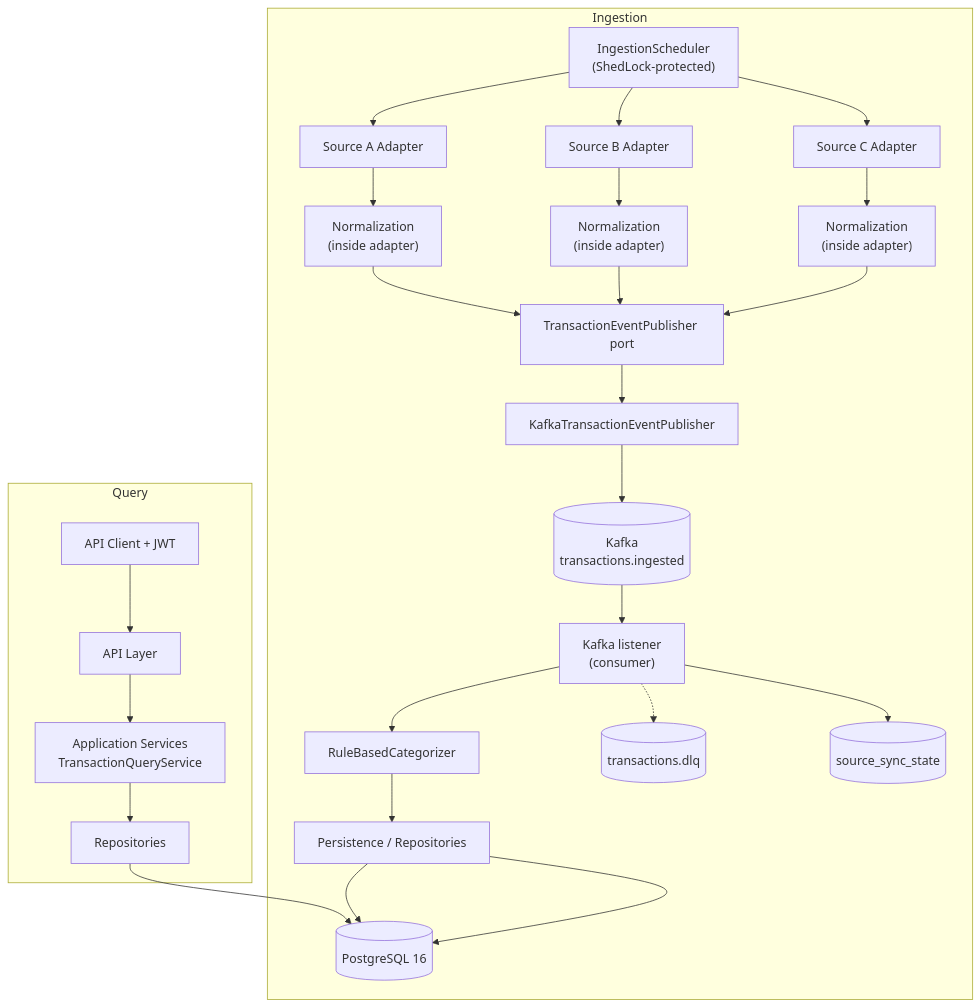
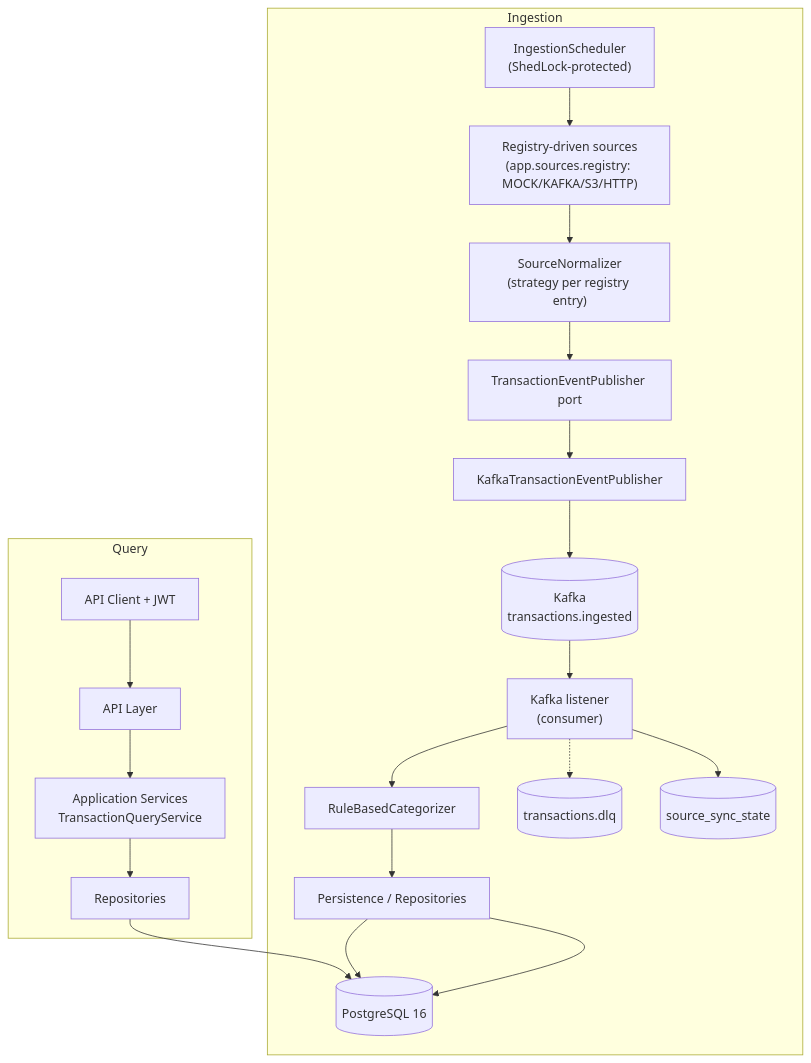
One commit to lesibam/transaction-agreggation-api changed the diagram in docs/03-architecture.md. Above: the diagram before and after it, drawn with Mermaid. The commit also changed other lines of this file and 41 other files, not shown here.

````diff
--- a/docs/03-architecture.md
+++ b/docs/03-architecture.md
@@ -7,31 +7,25 @@
 ```mermaid
 graph TD
     subgraph Ingestion
-        SCH["IngestionScheduler<br/>(ShedLock-protected)"] --> A1[Source A Adapter]
-        SCH --> A2[Source B Adapter]
-        SCH --> A3[Source C Adapter]
-        A1 --> N1["Normalization<br/>(inside adapter)"]
-        A2 --> N2["Normalization<br/>(inside adapter)"]
-        A3 --> N3["Normalization<br/>(inside adapter)"]
-        N1 --> PUB["TransactionEventPublisher port"]
-        N2 --> PUB
-        N3 --> PUB
+        SCH["IngestionScheduler<br/>(ShedLock-protected)"] --> REG["Registry-driven sources<br/>(app.sources.registry: MOCK/KAFKA/S3/HTTP)"]
+        REG --> NORM["SourceNormalizer<br/>(strategy per registry entry)"]
+        NORM --> PUB["TransactionEventPublisher port"]
         PUB --> KPUB["KafkaTransactionEventPublisher"]
         KPUB --> K[("Kafka<br/>transactions.ingested")]
         K --> LISTENER["Kafka listener<br/>(consumer)"]
         LISTENER --> CAT[RuleBasedCategorizer]
         CAT --> REPO[Persistence / Repositories]
         LISTENER -.-> DLQ[("transactions.dlq")]
         REPO --> DB[("PostgreSQL 16")]
         LISTENER --> SYNC[(source_sync_state)]
     end
 
     subgraph Query
         Client[API Client + JWT] --> API[API Layer]
         API --> AppSvc[Application Services<br/>TransactionQueryService]
         AppSvc --> Repo2[Repositories]
         Repo2 --> DB
     end
 
     REPO --> DB
 ```
````
